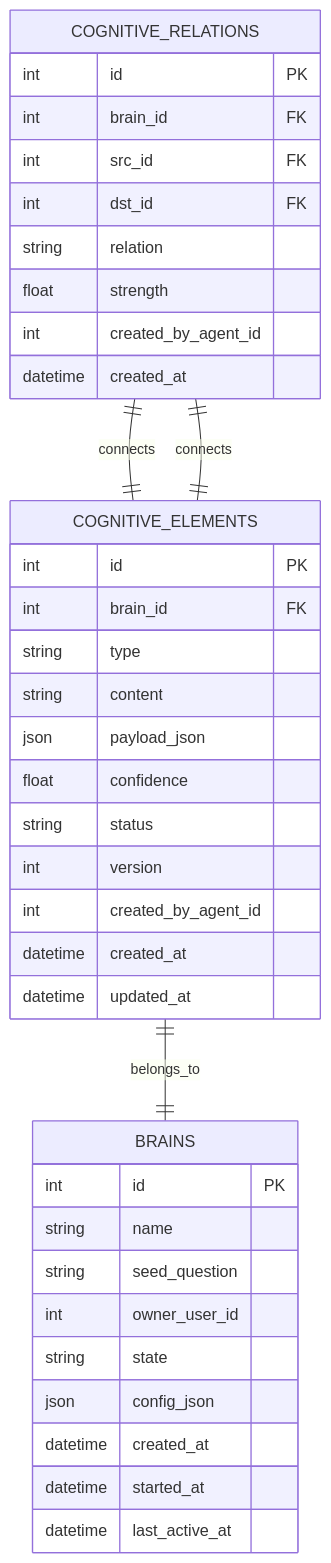
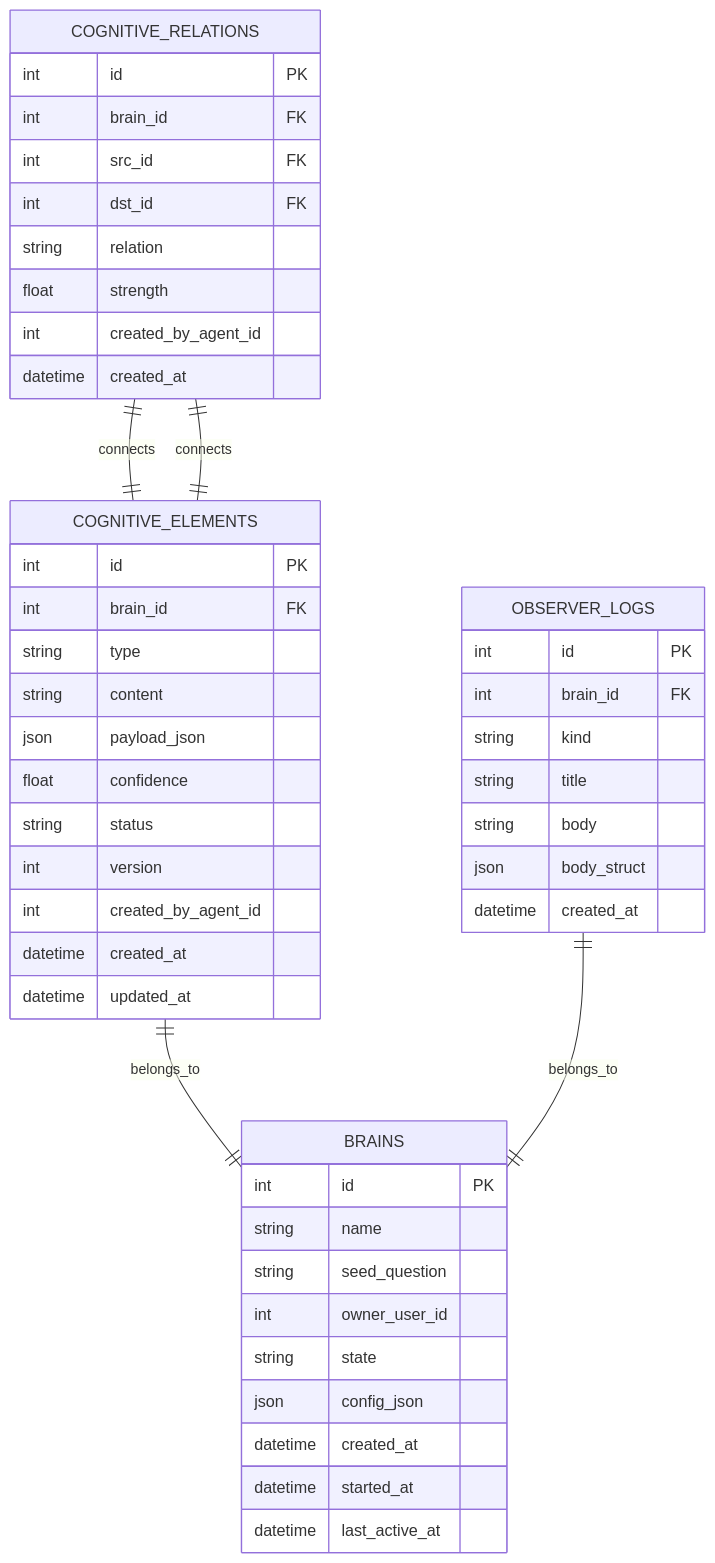
Before and after one commit to GDY-ai/ainstein: the third of 7 diagrams in .qoder/repowiki/zh/content/前端应用/知识图谱可视化.md, drawn with Mermaid. The commit also changed other lines of this file and 19 other files, not shown here.

````diff
--- a/.qoder/repowiki/zh/content/前端应用/知识图谱可视化.md
+++ b/.qoder/repowiki/zh/content/前端应用/知识图谱可视化.md
@@ -152,40 +185,50 @@
 ```mermaid
 erDiagram
 COGNITIVE_ELEMENTS {
 int id PK
 int brain_id FK
 string type
 string content
 json payload_json
 float confidence
 string status
 int version
 int created_by_agent_id
 datetime created_at
 datetime updated_at
 }
 COGNITIVE_RELATIONS {
 int id PK
 int brain_id FK
 int src_id FK
 int dst_id FK
 string relation
 float strength
 int created_by_agent_id
 datetime created_at
 }
 BRAINS {
 int id PK
 string name
 string seed_question
 int owner_user_id
 string state
 json config_json
 datetime created_at
 datetime started_at
 datetime last_active_at
 }
+OBSERVER_LOGS {
+int id PK
+int brain_id FK
+string kind
+string title
+string body
+json body_struct
+datetime created_at
+}
 COGNITIVE_ELEMENTS ||--|| BRAINS : "belongs_to"
 COGNITIVE_RELATIONS ||--|| COGNITIVE_ELEMENTS : "connects"
 COGNITIVE_RELATIONS ||--|| COGNITIVE_ELEMENTS : "connects"
+OBSERVER_LOGS ||--|| BRAINS : "belongs_to"
 ```
````
